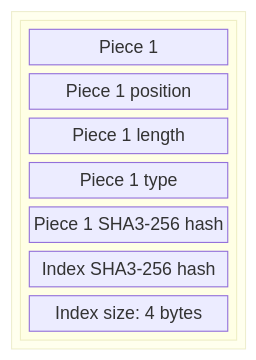
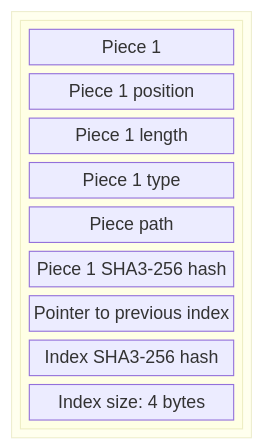
One commit to erikedin/Pokitomo.jl changed the seventh of 8 diagrams in doc/structure.md. Above: the diagram before and after it, drawn with Mermaid. The commit also changed other lines of this file, not shown here.

Commit message:
doc: minor additions to diagrams

````diff
--- a/doc/structure.md
+++ b/doc/structure.md
@@ -111,15 +113,17 @@
 ```mermaid
 block-beta
     block
         block
             columns 1
             Piece1["Piece 1"]
             PiecePosition["Piece 1 position"]
             PieceLength["Piece 1 length"]
             PieceType["Piece 1 type"]
+            PiecePath["Piece path"]
             PieceHash["Piece 1 SHA3-256 hash"]
+            PointerToPrev["Pointer to previous index"]
             IndexHash["Index SHA3-256 hash"]
             IndexSize["Index size: 4 bytes"]
         end
     end
 ```
````
